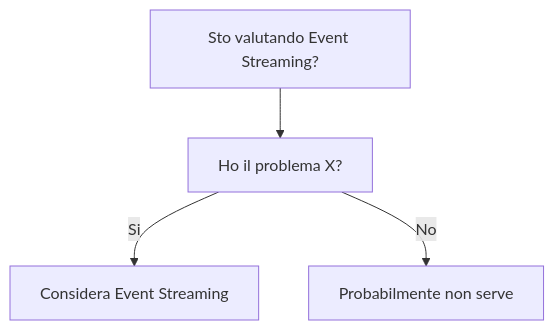
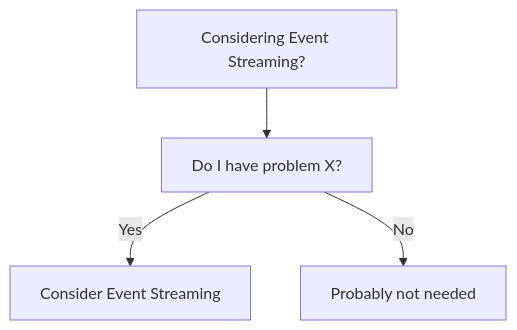
The diagram in dev-wiki/13_Integration/Patterns/Event_Streaming/When_To_Use.md (HxT9/Software-Dev-Wiki), drawn with Mermaid before and after one commit. The commit also changed other lines of this file and 3444 other files, not shown here.

````diff
--- a/dev-wiki/13_Integration/Patterns/Event_Streaming/When_To_Use.md
+++ b/dev-wiki/13_Integration/Patterns/Event_Streaming/When_To_Use.md
@@ -19,6 +19,6 @@
 ```mermaid
 flowchart TD
-  Q[Sto valutando Event Streaming?] --> Q1[Ho il problema X?]
-  Q1 -->|Si| OK[Considera Event Streaming]
-  Q1 -->|No| NO[Probabilmente non serve]
+  Q[Considering Event Streaming?] --> Q1[Do I have problem X?]
+  Q1 -->|Yes| OK[Consider Event Streaming]
+  Q1 -->|No| NO[Probably not needed]
 ```
````
